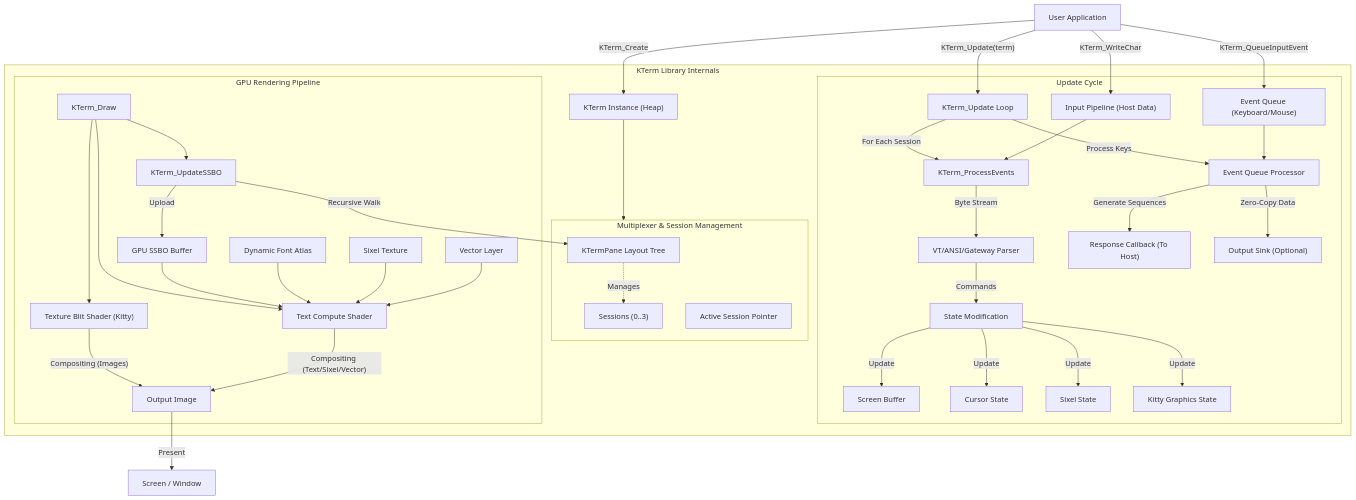
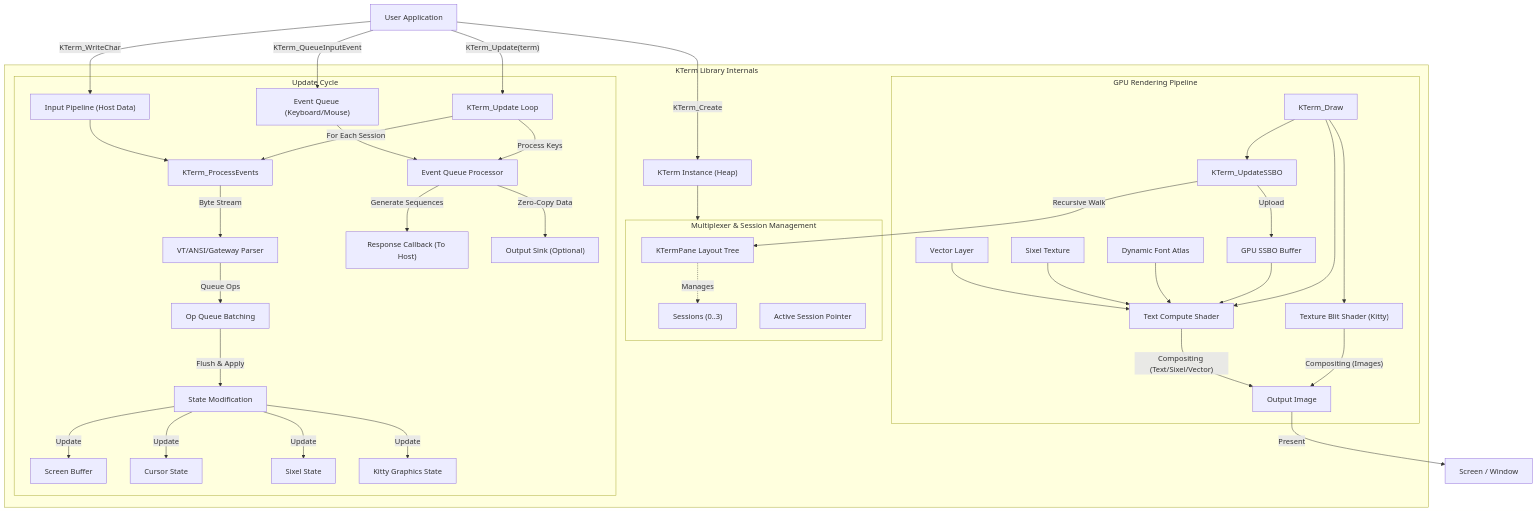
One commit to jmorel33/K-Term changed the diagram in README.md. Above: the diagram before and after it, drawn with Mermaid. The commit also changed other lines of this file, not shown here.

Commit message:
Update README.md for v2.4.0: Add Op Queue architecture & features (Additive)

````diff
--- a/README.md
+++ b/README.md
@@ -169,69 +170,71 @@
 ```mermaid
 graph TD
     UserApp["User Application"] -->|"KTerm_Create"| TerminalInstance
     UserApp -->|"KTerm_Update(term)"| UpdateLoop
     UserApp -->|"KTerm_WriteChar"| InputPipeline
     UserApp -->|"KTerm_QueueInputEvent"| EventQueue
 
     subgraph Terminal_Internals ["KTerm Library Internals"]
         TerminalInstance["KTerm Instance (Heap)"]
 
         subgraph Layout_System ["Multiplexer & Session Management"]
             LayoutTree["KTermPane Layout Tree"]
             Sessions["Sessions (0..3)"]
             ActiveSession["Active Session Pointer"]
 
             LayoutTree -.->|"Manages"| Sessions
         end
 
         TerminalInstance --> Layout_System
 
         subgraph Update_Cycle ["Update Cycle"]
             UpdateLoop["KTerm_Update Loop"]
             InputProc["KTerm_ProcessEvents"]
             EventProc["Event Queue Processor"]
             Parser["VT/ANSI/Gateway Parser"]
+            OpQueue["Op Queue Batching"]
             StateMod["State Modification"]
 
             UpdateLoop -->|"For Each Session"| InputProc
             UpdateLoop -->|"Process Keys"| EventProc
 
             InputPipeline["Input Pipeline (Host Data)"] --> InputProc
             EventQueue["Event Queue (Keyboard/Mouse)"] --> EventProc
 
             InputProc -->|"Byte Stream"| Parser
             EventProc -->|"Generate Sequences"| Response["Response Callback (To Host)"]
             EventProc -->|"Zero-Copy Data"| OutputSink["Output Sink (Optional)"]
 
-            Parser -->|"Commands"| StateMod
+            Parser -->|"Queue Ops"| OpQueue
+            OpQueue -->|"Flush & Apply"| StateMod
             StateMod -->|"Update"| ScreenGrid["Screen Buffer"]
             StateMod -->|"Update"| Cursor["Cursor State"]
             StateMod -->|"Update"| Sixel["Sixel State"]
             StateMod -->|"Update"| Kitty["Kitty Graphics State"]
         end
 
         subgraph Rendering_Pipeline ["GPU Rendering Pipeline"]
             DrawCall["KTerm_Draw"]
             SSBO_Upload["KTerm_UpdateSSBO"]
             Compute["Text Compute Shader"]
             TextureBlit["Texture Blit Shader (Kitty)"]
 
             DrawCall --> SSBO_Upload
             SSBO_Upload -->|"Recursive Walk"| LayoutTree
             SSBO_Upload -->|"Upload"| GPU_SSBO["GPU SSBO Buffer"]
 
             DrawCall --> TextureBlit
             DrawCall --> Compute
 
             GPU_SSBO --> Compute
             FontTex["Dynamic Font Atlas"] --> Compute
             SixelTex["Sixel Texture"] --> Compute
             VectorTex["Vector Layer"] --> Compute
 
             TextureBlit -->|"Compositing (Images)"| OutputImage["Output Image"]
             Compute -->|"Compositing (Text/Sixel/Vector)"| OutputImage
         end
     end
 
     OutputImage -->|"Present"| Screen["Screen / Window"]
 ```
````
